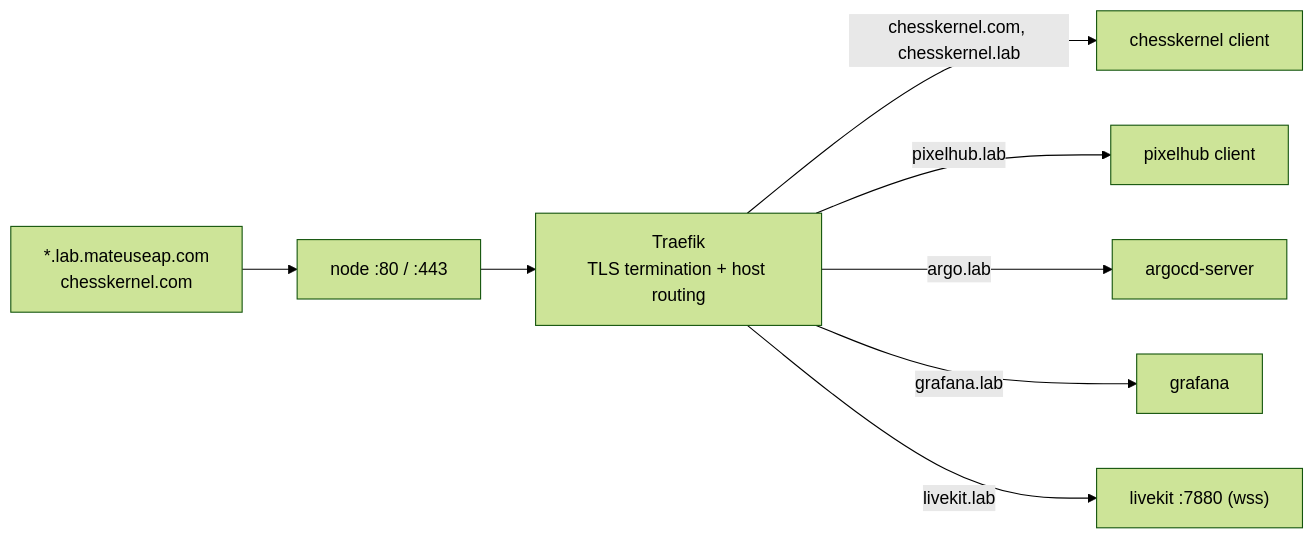
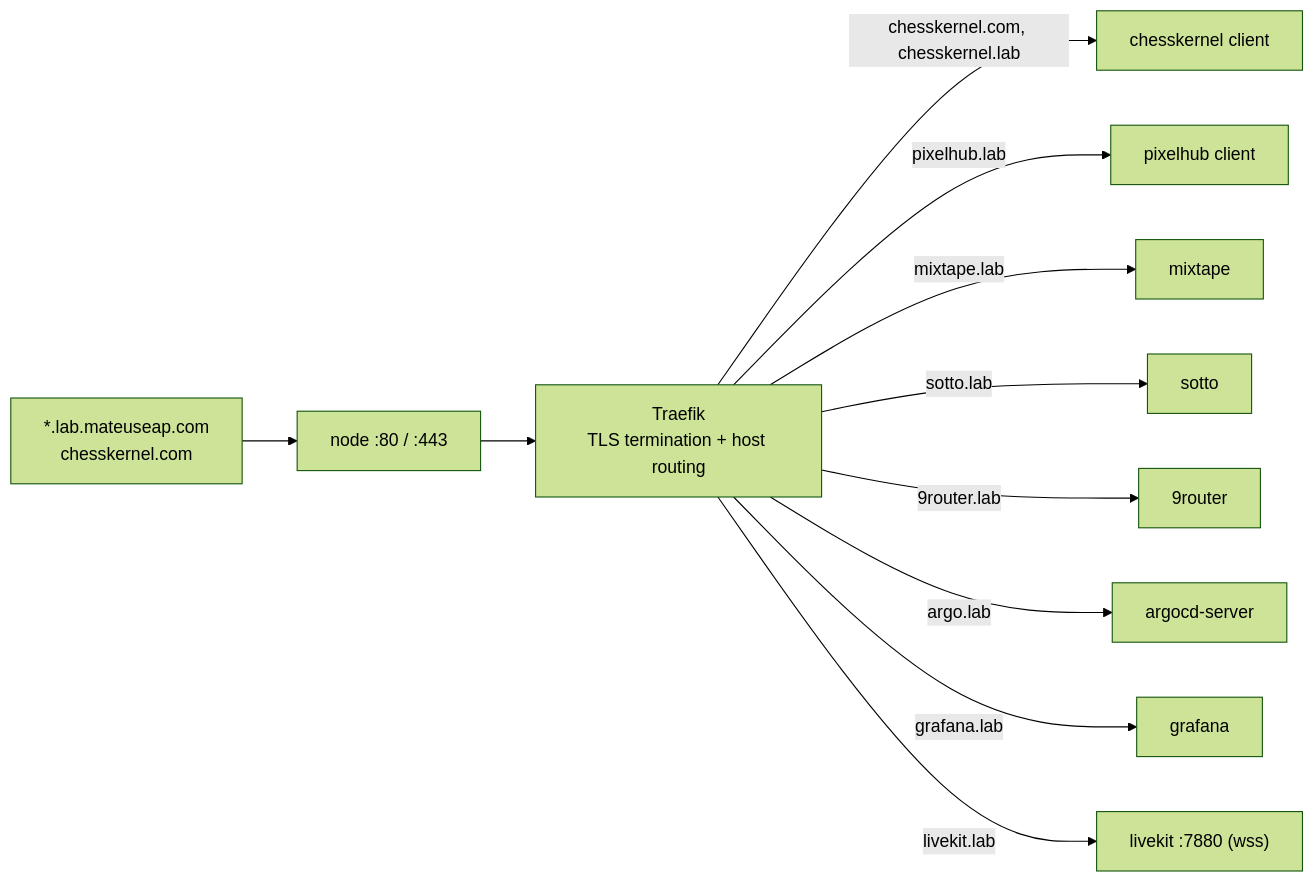
One commit to mateuseap/homelab changed the diagram in docs/networking.md. Above: the diagram before and after it, drawn with Mermaid (forest theme). The commit also changed other lines of this file and 4 other files, not shown here.

````diff
--- a/docs/networking.md
+++ b/docs/networking.md
@@ -25,10 +25,13 @@
 ```mermaid
 flowchart LR
     DNS["*.lab.mateuseap.com<br/>chesskernel.com"] --> Node["node :80 / :443"]
     Node --> Traefik["Traefik<br/>TLS termination + host routing"]
     Traefik -->|chesskernel.com, chesskernel.lab| CK["chesskernel client"]
     Traefik -->|pixelhub.lab| PH["pixelhub client"]
+    Traefik -->|mixtape.lab| MIX["mixtape"]
+    Traefik -->|sotto.lab| SOT["sotto"]
+    Traefik -->|9router.lab| R9R["9router"]
     Traefik -->|argo.lab| ARG["argocd-server"]
     Traefik -->|grafana.lab| GRAF["grafana"]
     Traefik -->|livekit.lab| LK["livekit :7880 (wss)"]
 ```
````
